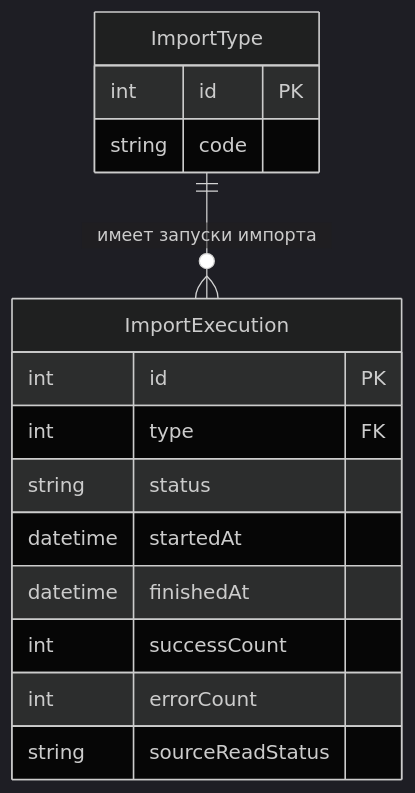
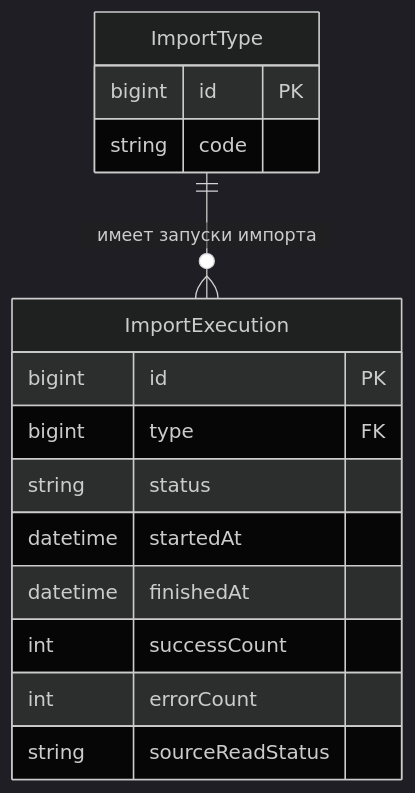
The diagram in system-analytics/services/data-importer/index.md (it-mentor-community-platform/meta), drawn with Mermaid (dark theme) before and after one commit.

Commit message:
system analytics: data importer - update id and type fields in data-importer schema from string to bigint

````diff
--- a/system-analytics/services/data-importer/index.md
+++ b/system-analytics/services/data-importer/index.md
@@ -29,20 +29,20 @@
 ```mermaid
 erDiagram
     ImportType ||--o{ ImportExecution : "имеет запуски импорта"
 
     ImportType {
-        int id PK
+        bigint id PK
         string code
     }
 
     ImportExecution {
-        int id PK
-        int type FK
+        bigint id PK
+        bigint type FK
         string status
         datetime startedAt
         datetime finishedAt
         int successCount
         int errorCount
         string sourceReadStatus
     }
 ```
````
